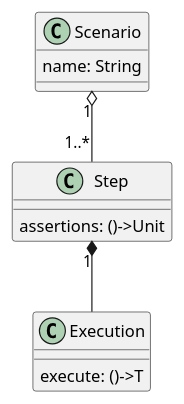
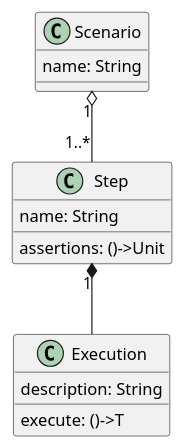
Before and after one commit to lemfi/kest: the diagram in doc/diag/model.puml, drawn with PlantUML. The commit also changed 34 other files, not shown here.

```diff
--- a/doc/diag/model.puml
+++ b/doc/diag/model.puml
@@ -1,12 +1,14 @@
 @startuml
 
 Scenario "1" o-- "1..*" Step
 
 Step  "1" *-- Execution
 
 Scenario : name: String
+Step : name: String
 Step : assertions: ()->Unit
 
 Execution : execute: ()->T
+Execution : description: String
 
 @enduml
```
